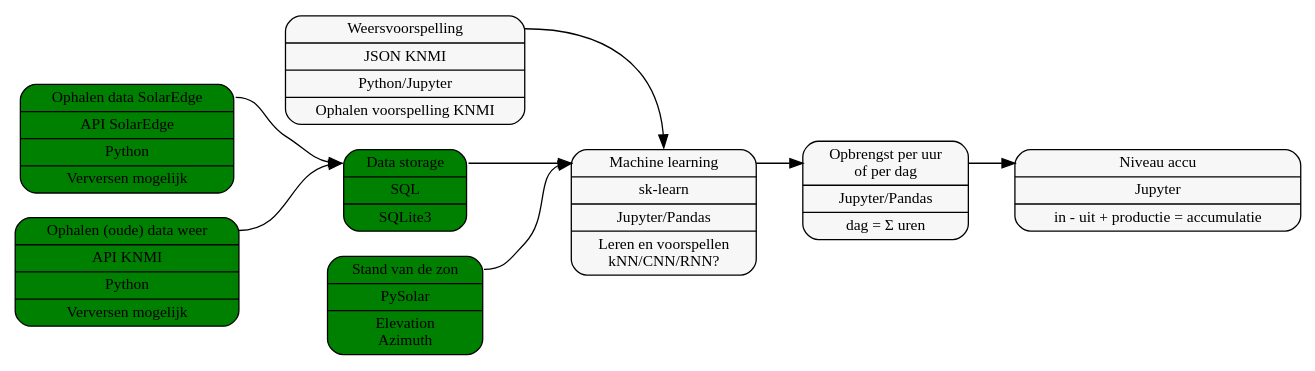
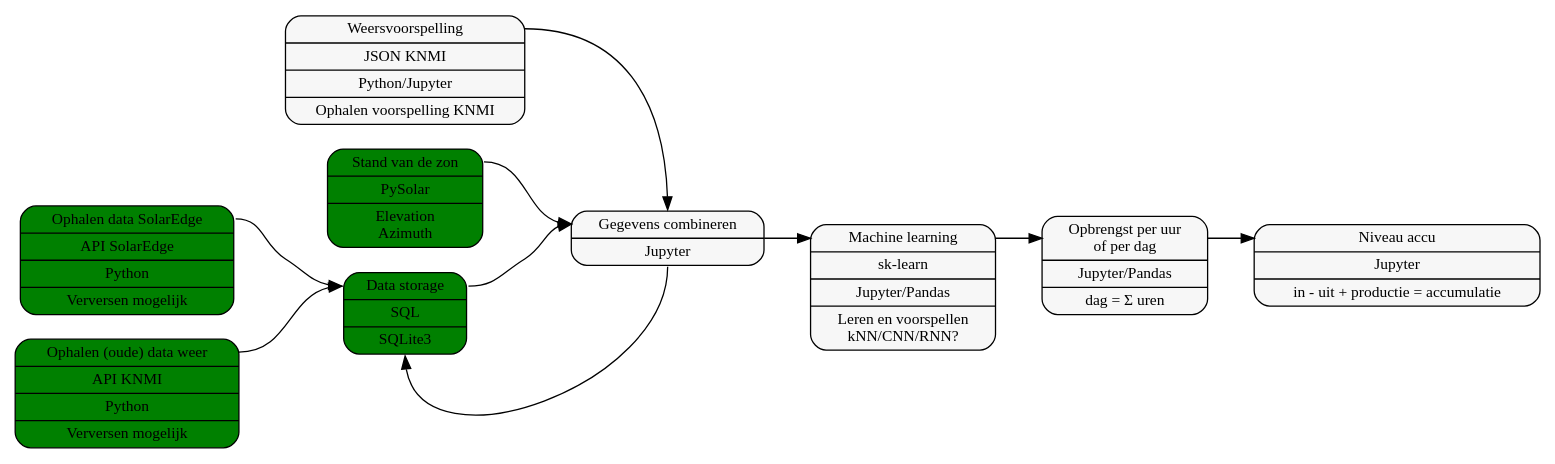
The diagram in diagram.dot (bosgnoom/data-engineer-eindopdracht), drawn with Graphviz before and after one commit. The commit also changed 1 other file, not shown here.

Commit message:
Update diagram

```diff
--- a/diagram.dot
+++ b/diagram.dot
@@ -1,67 +1,74 @@
 digraph g {
     graph [
         rankdir = "LR"
     ];
     
     node [
         fontsize = "12"
         style="rounded,filled"
         fillcolor="#F7F7F7"
     ];
     
     edge [
     ];
     
     "node0" [
         label = "<f0> Ophalen data SolarEdge | API SolarEdge | Python | Verversen mogelijk "
         shape = "record"
         fillcolor = "green"
     ];
     
     "node1" [
         label = "<f0> Ophalen (oude) data weer | API KNMI | Python | Verversen mogelijk"
         shape = "record"
         fillcolor = "green"
     ];
     
     "node2" [
         label = "<f0> Data storage | SQL | SQLite3 "
         shape = "record"
         fillcolor = "green"
     ];
     
     "node_weer" [
         label = "<f0> Weersvoorspelling | JSON KNMI | Python/Jupyter | Ophalen voorspelling KNMI"
         shape = "record"
     ];
     
     "node_ML" [
         label = "<f0> Machine learning | sk-learn | Jupyter/Pandas | Leren en voorspellen\nkNN/CNN/RNN?"
         shape = "record"
     ];
     
     "node_opbrengst" [
         label = "<f0> Opbrengst per uur\nof per dag | Jupyter/Pandas | dag = &Sigma; uren "
         shape = "record"
     ];
     
     "node_accu" [
         label = "<f0> Niveau accu | Jupyter | in - uit + productie = accumulatie "
         shape = "record"
     ];
 
     "node_zon" [
         label = "<f0> Stand van de zon | PySolar | Elevation\nAzimuth  "
         shape = "record"
         fillcolor = "green"
     ]
+
+    "node_combineren" [
+        label = "<f0> Gegevens combineren | Jupyter "
+        shape = "record"
+    ]
     
-    "node_weer":f0 -> "node_ML":n
+    "node_weer":f0 -> "node_combineren":n
     "node0":f0 -> "node2":f0
     "node1":f0 -> "node2":f0
-    "node2":f0 -> "node_ML":f0
+    "node2":f0 -> "node_combineren":f0
+    "node_combineren":s -> "node2":s
+    "node_combineren" -> "node_ML":f0
     "node_ML":f0 -> "node_opbrengst":f0
     "node_opbrengst":f0 -> "node_accu":f0
-    "node_zon":f0 -> "node_ML":f0
+    "node_zon":f0 -> "node_combineren":f0
     
 }
```
